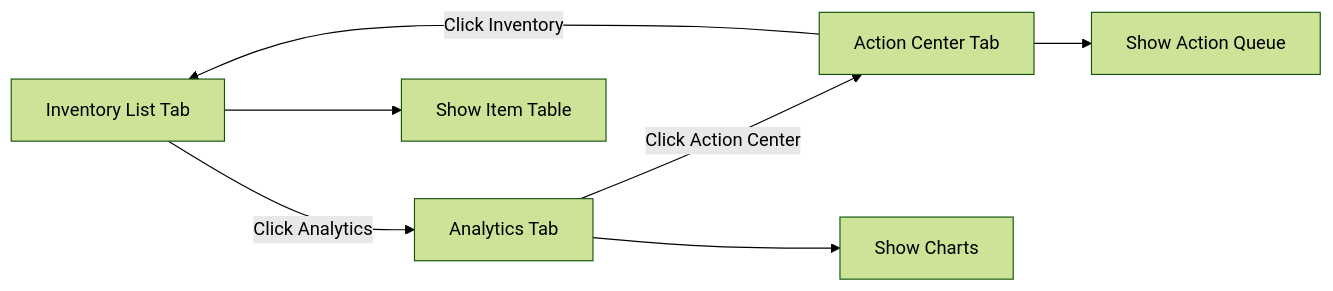
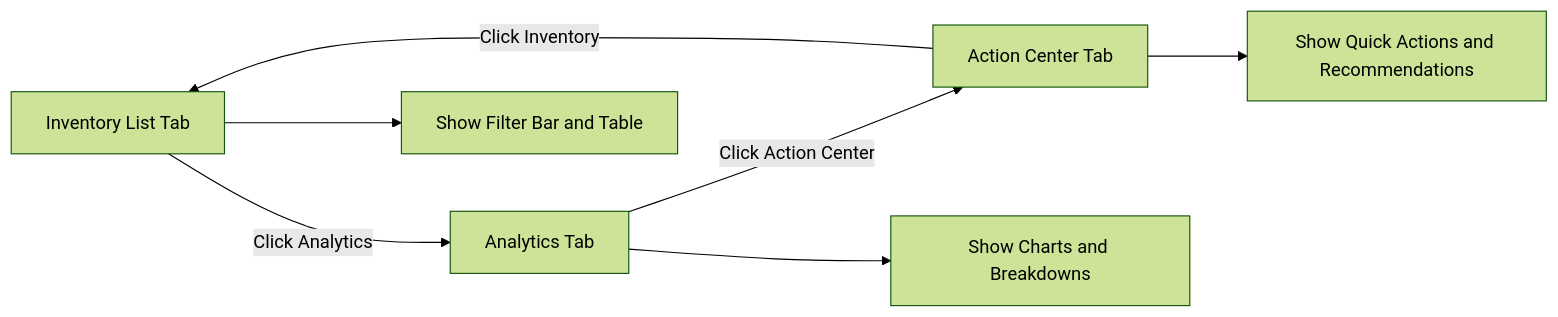
The sixth of 18 diagrams in docs/app/inventory-management/stock-overview/slow-moving/FD-slow-moving.md (PeakMNA/carmen), drawn with Mermaid (forest theme) before and after one commit. The commit also changed other lines of this file and 473 other files, not shown here.

````diff
--- a/docs/app/inventory-management/stock-overview/slow-moving/FD-slow-moving.md
+++ b/docs/app/inventory-management/stock-overview/slow-moving/FD-slow-moving.md
@@ -102,10 +135,10 @@
 ```mermaid
 flowchart LR
     A[Inventory List Tab] -->|Click Analytics| B[Analytics Tab]
     B -->|Click Action Center| C[Action Center Tab]
     C -->|Click Inventory| A
 
-    A --> D[Show Item Table]
-    B --> E[Show Charts]
-    C --> F[Show Action Queue]
+    A --> D[Show Filter Bar and Table]
+    B --> E[Show Charts and Breakdowns]
+    C --> F[Show Quick Actions and Recommendations]
 ```
````
